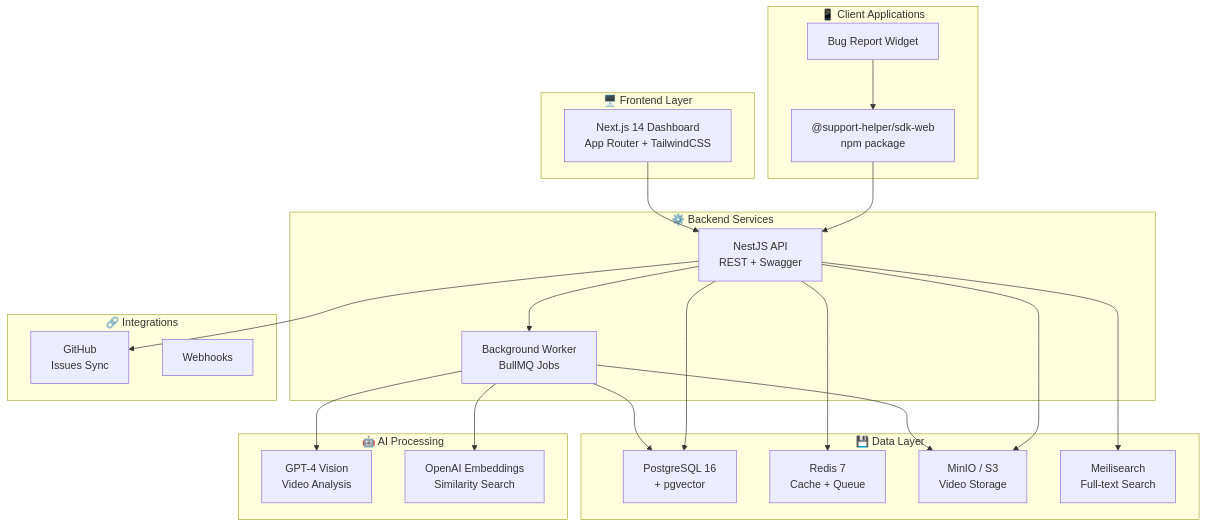
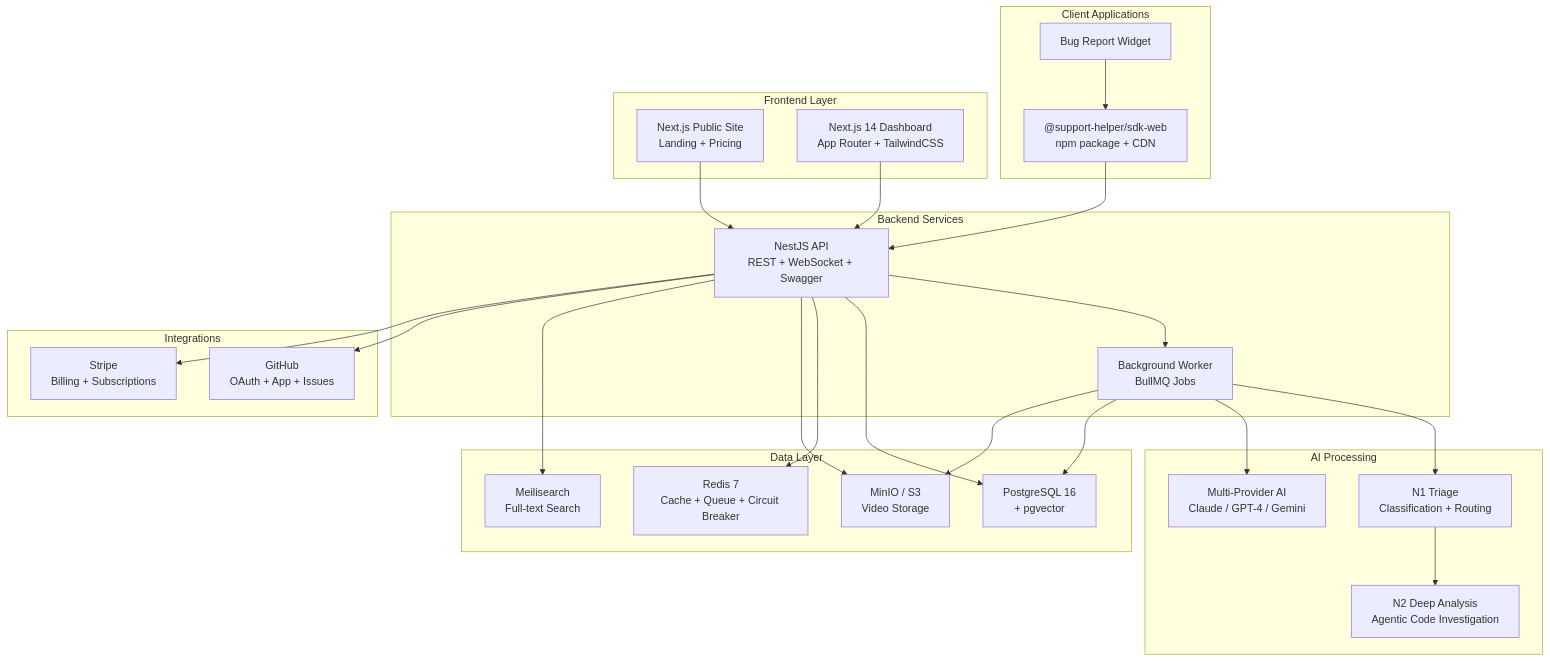
One commit to KJ-devs/supportHelperv2 changed the diagram in README.md. Above: the diagram before and after it, drawn with Mermaid. The commit also changed other lines of this file, not shown here.

````diff
--- a/README.md
+++ b/README.md
@@ -26,47 +37,52 @@
 ```mermaid
 flowchart TB
-    subgraph Clients["📱 Client Applications"]
-        SDK["@support-helper/sdk-web<br/>npm package"]
+    subgraph Clients["Client Applications"]
+        SDK["@support-helper/sdk-web<br/>npm package + CDN"]
         Widget["Bug Report Widget"]
     end
 
-    subgraph Frontend["🖥️ Frontend Layer"]
+    subgraph Frontend["Frontend Layer"]
+        Web["Next.js Public Site<br/>Landing + Pricing"]
         Dashboard["Next.js 14 Dashboard<br/>App Router + TailwindCSS"]
     end
 
-    subgraph Backend["⚙️ Backend Services"]
-        API["NestJS API<br/>REST + Swagger"]
+    subgraph Backend["Backend Services"]
+        API["NestJS API<br/>REST + WebSocket + Swagger"]
         Worker["Background Worker<br/>BullMQ Jobs"]
     end
 
-    subgraph AI["🤖 AI Processing"]
-        Vision["GPT-4 Vision<br/>Video Analysis"]
-        Embeddings["OpenAI Embeddings<br/>Similarity Search"]
+    subgraph AI["AI Processing"]
+        Triage["N1 Triage<br/>Classification + Routing"]
+        DeepAnalysis["N2 Deep Analysis<br/>Agentic Code Investigation"]
+        Vision["Multi-Provider AI<br/>Claude / GPT-4 / Gemini"]
     end
 
-    subgraph Data["💾 Data Layer"]
+    subgraph Data["Data Layer"]
         PG["PostgreSQL 16<br/>+ pgvector"]
-        Redis["Redis 7<br/>Cache + Queue"]
+        Redis["Redis 7<br/>Cache + Queue + Circuit Breaker"]
         S3["MinIO / S3<br/>Video Storage"]
         Search["Meilisearch<br/>Full-text Search"]
     end
 
-    subgraph External["🔗 Integrations"]
-        GitHub["GitHub<br/>Issues Sync"]
-        Webhooks["Webhooks"]
+    subgraph External["Integrations"]
+        GitHub["GitHub<br/>OAuth + App + Issues"]
+        Stripe["Stripe<br/>Billing + Subscriptions"]
     end
 
     SDK --> API
     Widget --> SDK
     Dashboard --> API
+    Web --> API
     API --> Worker
+    Worker --> Triage
+    Triage --> DeepAnalysis
     Worker --> Vision
-    Worker --> Embeddings
     API --> PG
     API --> Redis
     API --> S3
     API --> Search
     API --> GitHub
+    API --> Stripe
     Worker --> PG
     Worker --> S3
 ```
````
